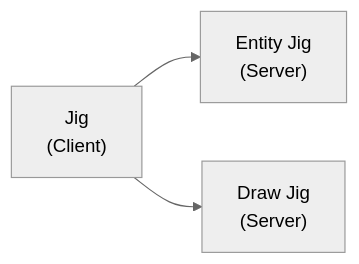
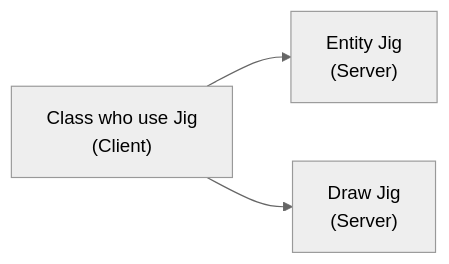
Before and after one commit to NodesAutomations/CSharp: the second of 2 diagrams in Autocad/Jigs/1_Jigs Basics.md, drawn with Mermaid (neutral theme). The commit also changed other lines of this file, not shown here.

Commit message:
Auto cad Jig Basics Docs updated

````diff
--- a/Autocad/Jigs/1_Jigs Basics.md
+++ b/Autocad/Jigs/1_Jigs Basics.md
@@ -19,5 +22,5 @@
 ```mermaid
   graph LR;
-      A["Jig </br>(Client)"]-->B["Entity Jig </br>(Server)"];
+      A["Class who use Jig </br>(Client)"]-->B["Entity Jig </br>(Server)"];
       A-->C["Draw Jig </br>(Server)"];
 ```
````
